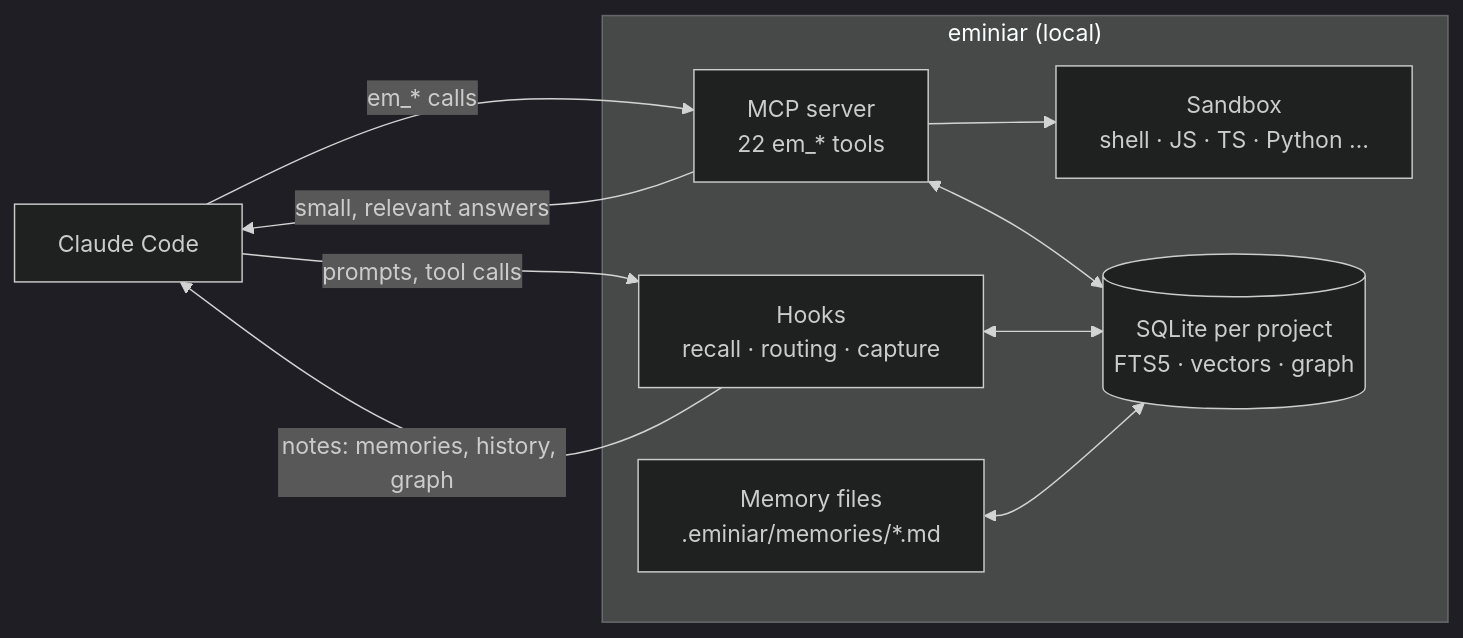
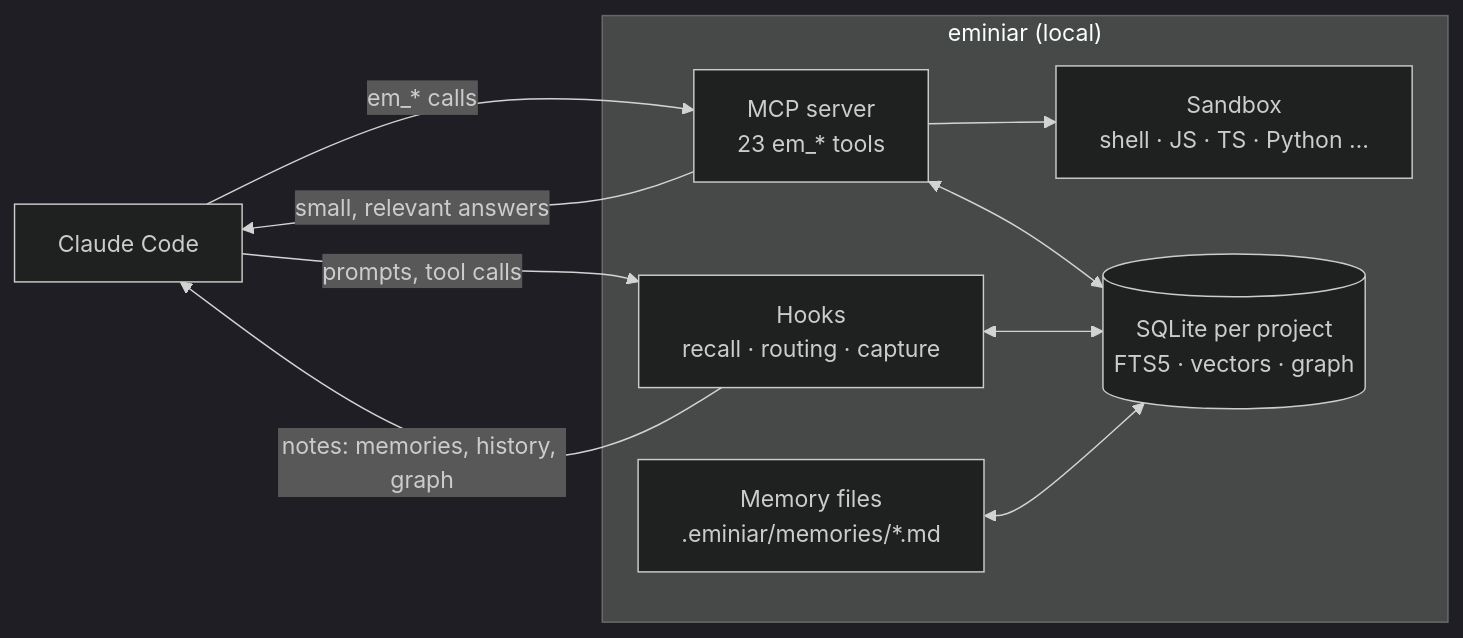
The diagram in README.md (rydn/eminiar), drawn with Mermaid (dark theme) before and after one commit. The commit also changed other lines of this file and 55 other files, not shown here.

````diff
--- a/README.md
+++ b/README.md
@@ -152,19 +162,19 @@
 ```mermaid
 flowchart LR
     CC["Claude Code"]
     subgraph eminiar ["eminiar (local)"]
         H["Hooks<br/>recall · routing · capture"]
-        S["MCP server<br/>22 em_* tools"]
+        S["MCP server<br/>23 em_* tools"]
         SB["Sandbox<br/>shell · JS · TS · Python …"]
         DB[("SQLite per project<br/>FTS5 · vectors · graph")]
         M["Memory files<br/>.eminiar/memories/*.md"]
     end
     CC -->|prompts, tool calls| H
     H -->|notes: memories, history, graph| CC
     CC -->|em_* calls| S
     S -->|small, relevant answers| CC
     S --> SB
     S <--> DB
     H <--> DB
     M <--> DB
 ```
````
